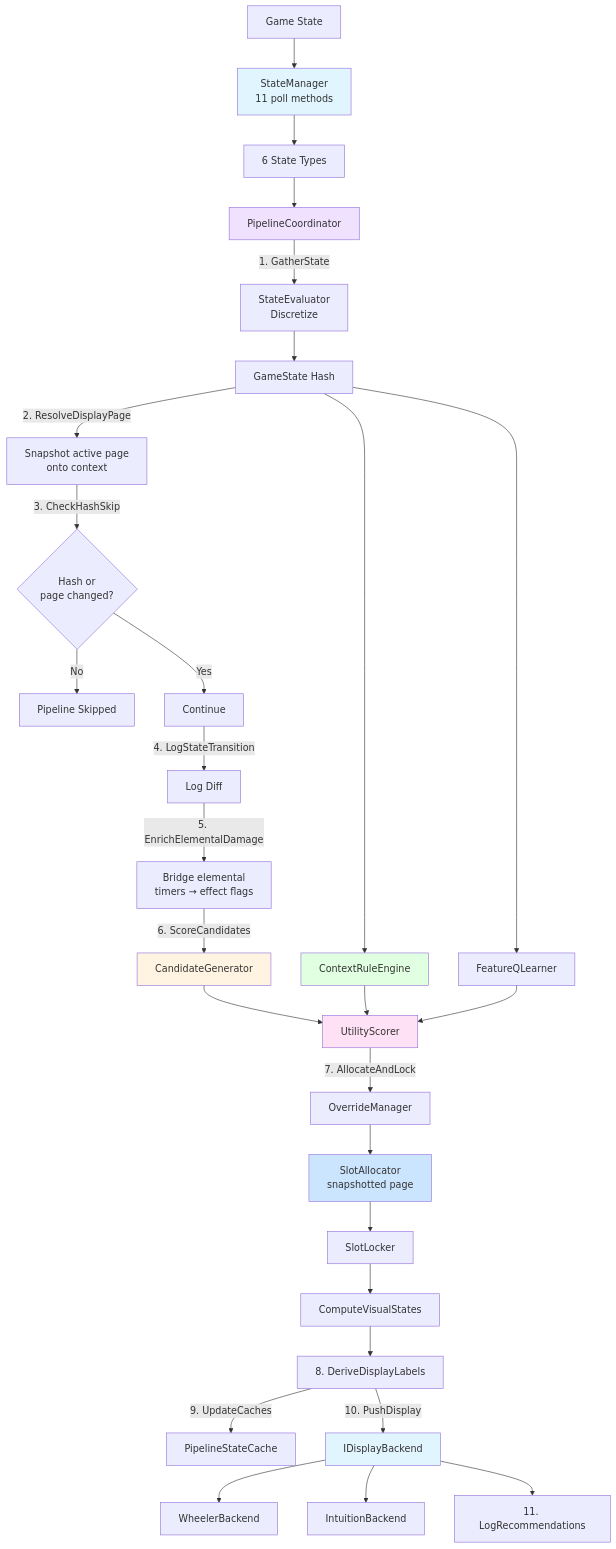
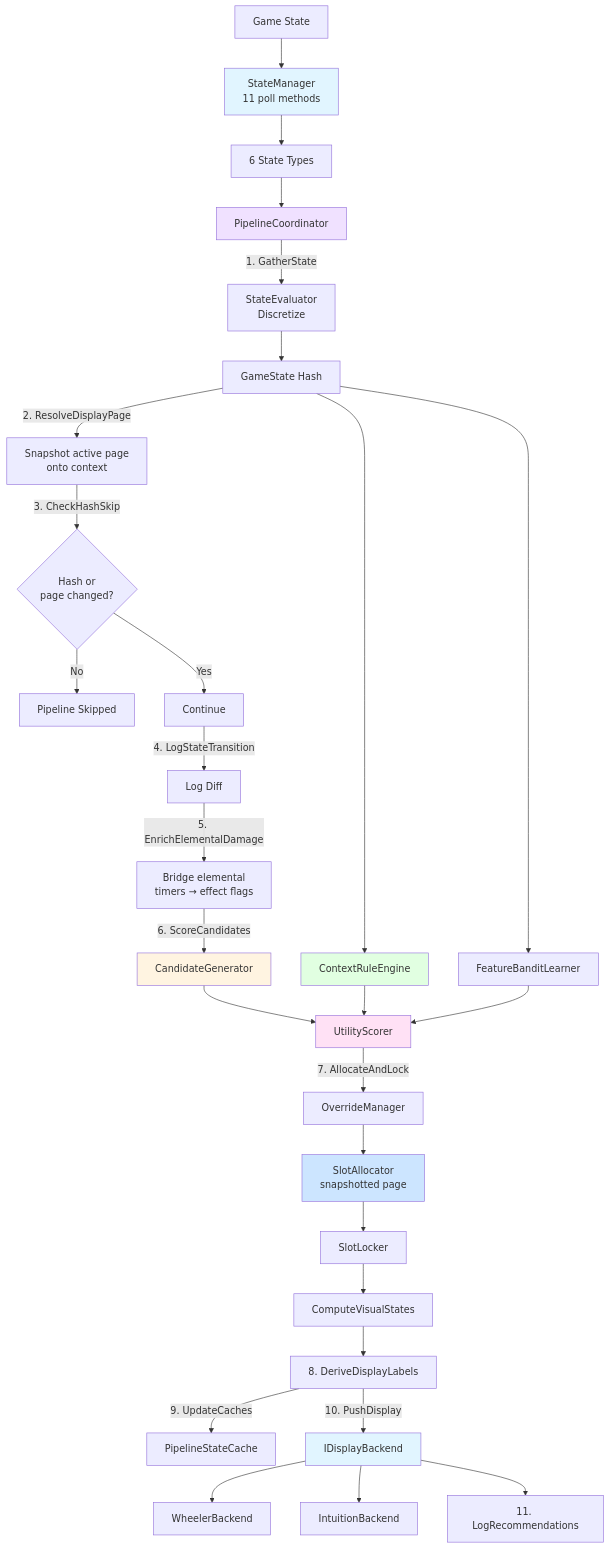
The tenth of 10 diagrams in docs/architecture/0-pipeline.md (LandingCrew/huginn), drawn with Mermaid before and after one commit. The commit also changed other lines of this file and 61 other files, not shown here.

````diff
--- a/docs/architecture/0-pipeline.md
+++ b/docs/architecture/0-pipeline.md
@@ -840,46 +840,46 @@
 ```mermaid
 graph TB
     Start[Game State] --> SM[StateManager<br/>11 poll methods]
     SM --> Models[6 State Types]
     Models --> PC[PipelineCoordinator]
 
     PC -->|1. GatherState| SE[StateEvaluator<br/>Discretize]
     SE --> GS[GameState Hash]
 
     GS -->|2. ResolveDisplayPage| RDP[Snapshot active page<br/>onto context]
 
     RDP -->|3. CheckHashSkip| Skip{Hash or<br/>page changed?}
     Skip -->|No| Done[Pipeline Skipped]
     Skip -->|Yes| Continue[Continue]
 
     Continue -->|4. LogStateTransition| Log[Log Diff]
     Log -->|5. EnrichElementalDamage| Enrich[Bridge elemental<br/>timers → effect flags]
 
     Enrich -->|6. ScoreCandidates| CG[CandidateGenerator]
     CG --> US[UtilityScorer]
     GS --> CRE[ContextRuleEngine]
     CRE --> US
-    GS --> QL[FeatureQLearner]
+    GS --> QL[FeatureBanditLearner]
     QL --> US
 
     US -->|7. AllocateAndLock| OvM[OverrideManager]
     OvM --> SA[SlotAllocator<br/>snapshotted page]
     SA --> SL[SlotLocker]
     SL --> VS[ComputeVisualStates]
 
     VS --> VS2[8. DeriveDisplayLabels]
 
     VS2 -->|9. UpdateCaches| PSC[PipelineStateCache]
     VS2 -->|10. PushDisplay| Display[IDisplayBackend]
     Display --> WB[WheelerBackend]
     Display --> IB[IntuitionBackend]
     Display --> Recs[11. LogRecommendations]
 
     style SM fill:#e1f5ff
     style PC fill:#f0e1ff
     style CG fill:#fff4e1
     style CRE fill:#e1ffe1
     style US fill:#ffe1f5
     style SA fill:#cce5ff
     style Display fill:#e1f5ff
 ```
````
